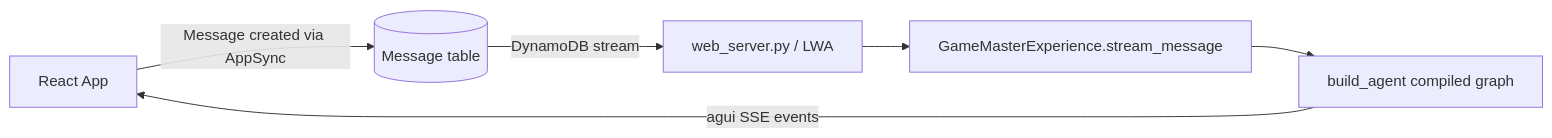
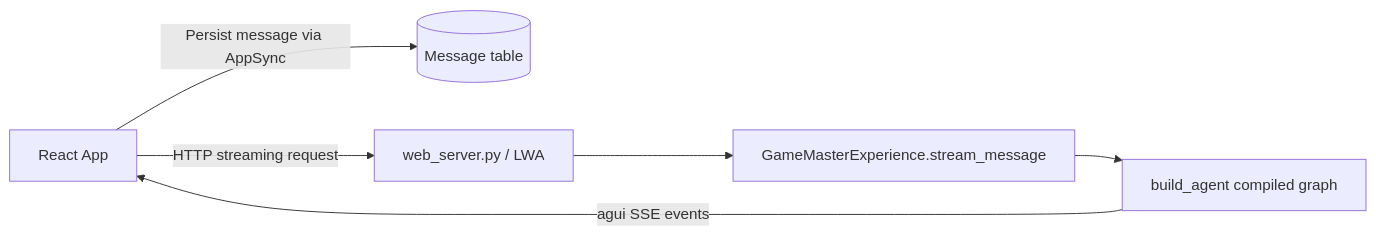
One commit to Elevator-Robot/brainincup changed the first of 3 diagrams in docs/ORCHESTRATION.md. Above: the diagram before and after it, drawn with Mermaid. The commit also changed other lines of this file and 39 other files, not shown here.

````diff
--- a/docs/ORCHESTRATION.md
+++ b/docs/ORCHESTRATION.md
@@ -29,8 +30,8 @@
 ```mermaid
 graph LR
-    UI[React App] -->|Message created via AppSync| MSG[(Message table)]
-    MSG -->|DynamoDB stream| LFD[web_server.py / LWA]
+    UI[React App] -->|Persist message via AppSync| MSG[(Message table)]
+    UI -->|HTTP streaming request| LFD[web_server.py / LWA]
     LFD --> EXP[GameMasterExperience.stream_message]
     EXP --> ORC[build_agent compiled graph]
     ORC -->|agui SSE events| UI
 ```
````
